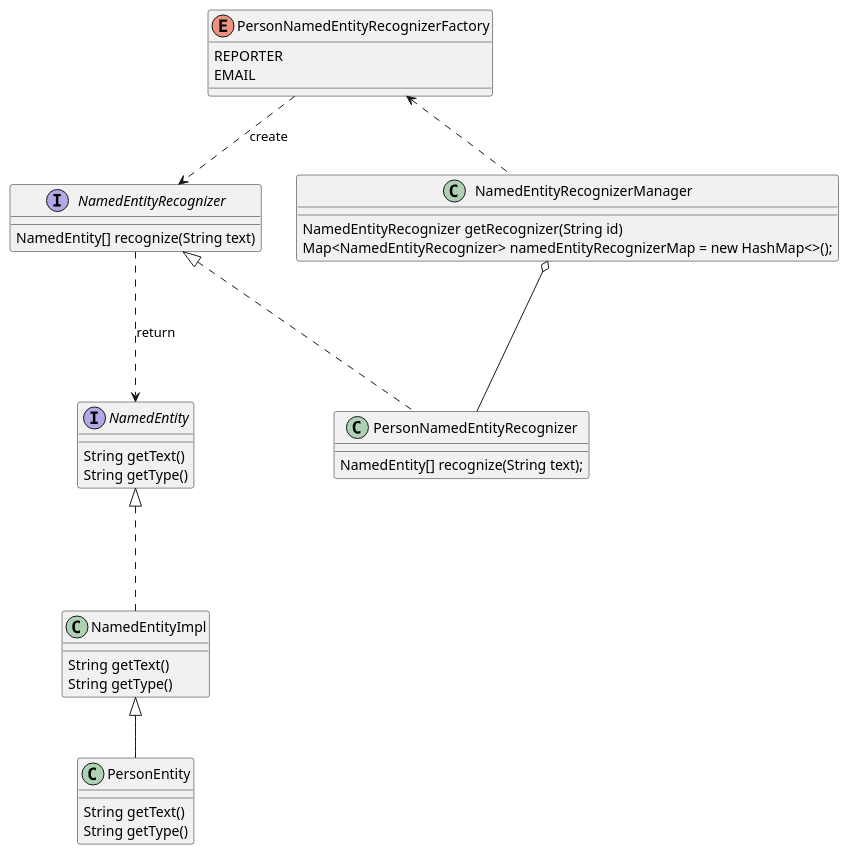
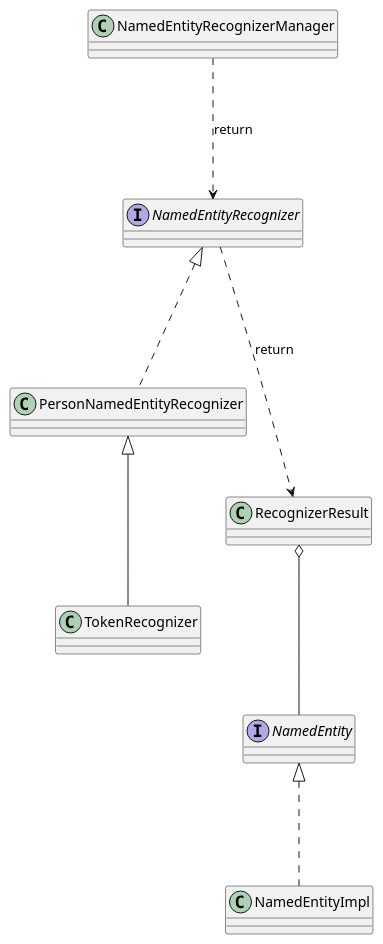
Before and after one commit to wigoAI/yido: the diagram in ner/UML.puml, drawn with PlantUML. The commit also changed 14 other files, not shown here.

Commit message:
add sort method at RecognizeResult

```diff
--- a/ner/UML.puml
+++ b/ner/UML.puml
@@ -1,50 +1,17 @@
 @startuml
+interface NamedEntityRecognizer
+class NamedEntityRecognizerManager
+class PersonNamedEntityRecognizer
+class TokenRecognizer
 
-Interface NamedEntity{
-    String getText()
-    String getType()
-}
+interface NamedEntity
+class NamedEntityImpl
+class RecognizerResult
 
-Interface NamedEntityRecognizer{
-    NamedEntity[] recognize(String text)
-}
-
-Class NamedEntityRecognizerManager{
-
-    NamedEntityRecognizer getRecognizer(String id)
-    Map<NamedEntityRecognizer> namedEntityRecognizerMap = new HashMap<>();
-}
-
-class NamedEntityImpl{
-    String getText()
-    String getType()
-}
-Class PersonEntity{
-    String getText()
-    String getType()
-}
-Class PersonNamedEntityRecognizer{
-    NamedEntity[] recognize(String text);
-}
-Enum PersonNamedEntityRecognizerFactory{
-    REPORTER
-    EMAIL
-}
-NamedEntityRecognizer ...> NamedEntity: return
-NamedEntityRecognizer <|.. PersonNamedEntityRecognizer
-NamedEntityRecognizerManager o--- PersonNamedEntityRecognizer
+NamedEntityRecognizerManager ...> NamedEntityRecognizer : return
+NamedEntityRecognizer <|... PersonNamedEntityRecognizer
+PersonNamedEntityRecognizer <|--- TokenRecognizer
+NamedEntityRecognizer ....> RecognizerResult : return
+RecognizerResult o--- NamedEntity
 NamedEntity <|... NamedEntityImpl
-NamedEntityImpl <|-- PersonEntity
-
-PersonNamedEntityRecognizerFactory ..> NamedEntityRecognizer:create
-PersonNamedEntityRecognizerFactory <.. NamedEntityRecognizerManager
-'PersonNamedEntityRecognizer ...> PersonEntity : return
-'PersonNamedEntityRecognizerFactory ---> PersonNamedEntityRecognizer : return
-'
-'NamedEntity <|... PersonEntity
-
-'NamedEntityRecognizer <... NamedEntityRecognizerManager: return
-'NamedEntityRecognizer <|... PersonNamedEntityRecognizer
-
-
 @enduml
```
